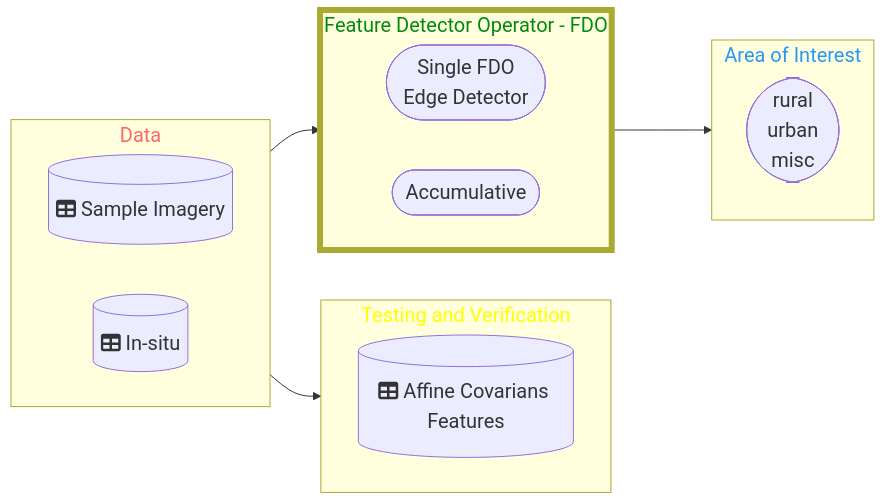
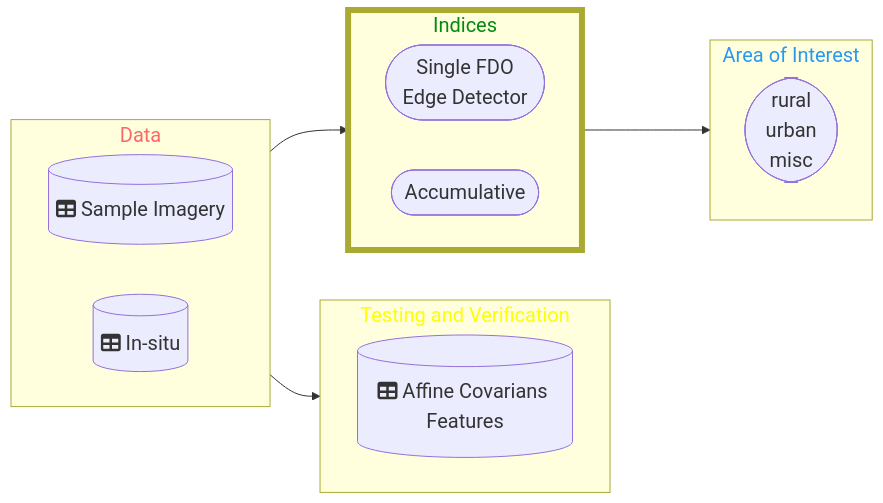
One commit to DippoldEJ/Feature-Detection-and-Explanation changed the diagram in Area-Features/README.md. Above: the diagram before and after it, drawn with Mermaid.

````diff
--- a/Area-Features/README.md
+++ b/Area-Features/README.md
@@ -14,39 +14,39 @@
 ```mermaid
 flowchart LR;
 %%{init: {
 	'themeVariables': { 'fontSize': '20px', 'fontFamily': 'Didot'}
 	}
 }%%
 
  subgraph n[Data]
         direction LR
         h[(fa:fa-table Sample Imagery)]
 		s[(fa:fa-table In-situ)]
     end
 
  subgraph q[Testing and Verification]
         direction LR
         r[(fa:fa-table Affine Covarians Features)]
     end
 
- subgraph o[Feature Detector Operator - FDO]
+ subgraph o[Indices]
         direction LR
         j([Single FDO <br /> Edge Detector])
         m([Accumulative])
     end
 
 subgraph p[Area of Interest]
     a([rural <br /> urban  <br />  misc])
     end
 
 style n color:#f66
 style o stroke-width:6px
 style o color:#028A0F
 style p color:#2798F5
 style q color:#FFFF00
 
 n-->o
 o-->p
 n-->q
 
 ```
````
